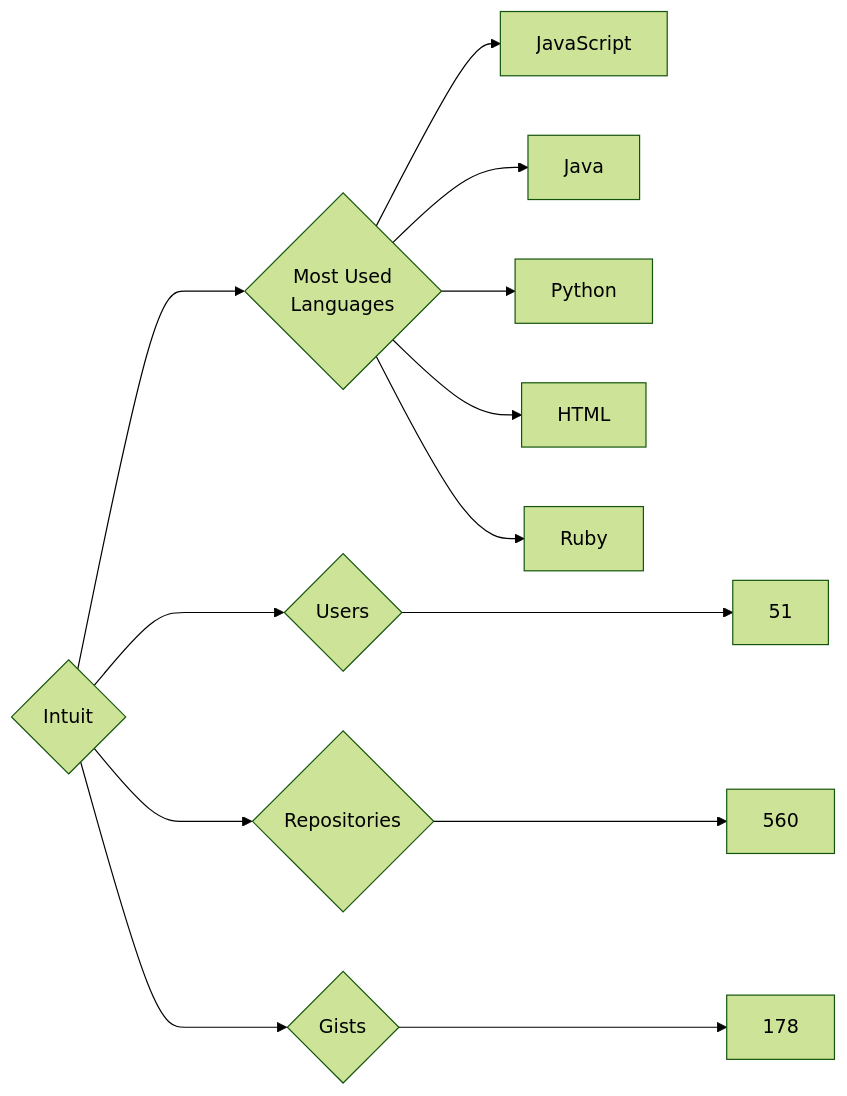
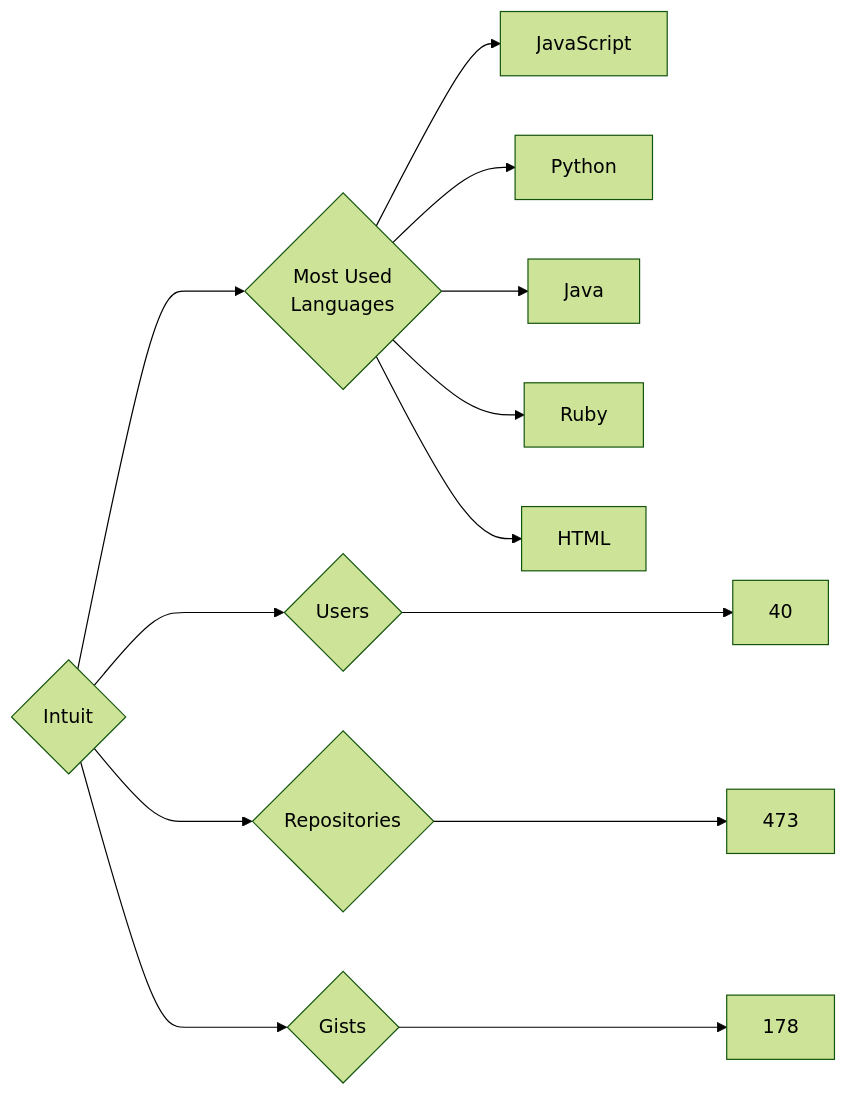
One commit to trickest/insiders changed the diagram in targets/Intuit/README.md. Above: the diagram before and after it, drawn with Mermaid (forest theme). The commit also changed 888 other files, not shown here.

````diff
--- a/targets/Intuit/README.md
+++ b/targets/Intuit/README.md
@@ -3,13 +3,13 @@
 ```mermaid
 graph LR
 COMPANY_NAME{Intuit}
-COMPANY_NAME ---> U{Users} ---> UN[51]
-COMPANY_NAME ---> R{Repositories} ---> RN[560]
+COMPANY_NAME ---> U{Users} ---> UN[40]
+COMPANY_NAME ---> R{Repositories} ---> RN[473]
 COMPANY_NAME ---> G{Gists} ---> GN[178]
 COMPANY_NAME ---> ML{Most Used<br>Languages}
 ML --> JavaScript[JavaScript]
+ML --> Python[Python]
 ML --> Java[Java]
-ML --> Python[Python]
+ML --> Ruby[Ruby]
 ML --> HTML[HTML]
-ML --> Ruby[Ruby]
 ```
````
